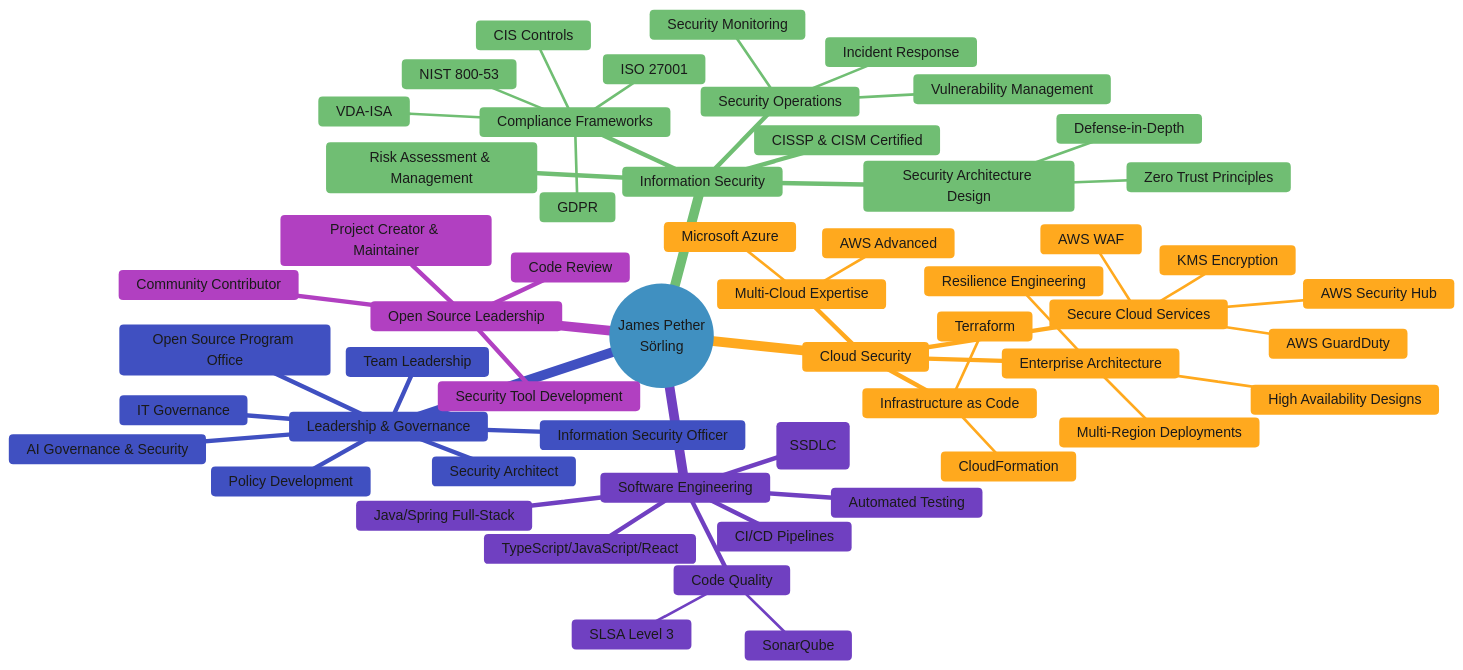
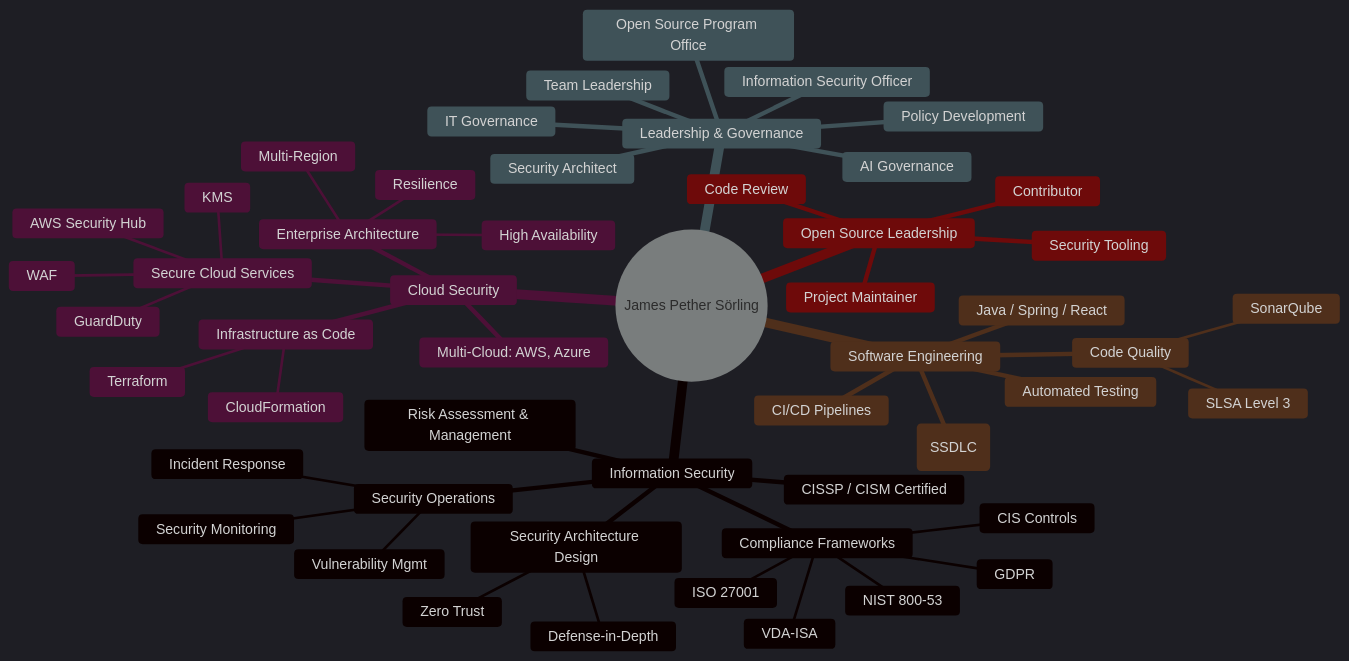
The first of 2 diagrams in README.md (pethers/pethers), drawn with Mermaid before and after one commit.

Commit message:
Update README with formatting and content changes

````diff
--- a/README.md
+++ b/README.md
@@ -446,76 +446,66 @@
 ```mermaid
 %%{
   init: {
-    'theme': 'base',
+    'theme': 'dark',
     'themeVariables': {
-      'primaryColor': '#a0c8e0',
-      'primaryTextColor': '#1a1a1a',
-      'primaryBorderColor': '#86b5d9',
-      'lineColor': '#86b5d9',
-      'secondaryColor': '#c8e6c9',
-      'tertiaryColor': '#ffda9e'
+      'primaryColor': '#314e6e',
+      'edgeLabelBackground':'#222',
+      'primaryTextColor': '#f8f8f8',
+      'lineColor': '#86b5d9'
     }
   }
 }%%
 mindmap
-  root((James Pether<br>Sörling))
+  root((James Pether Sörling))
     Information Security
-      ::icon(fa fa-shield)
       Risk Assessment & Management
-      CISSP & CISM Certified
+      CISSP / CISM Certified
       Security Architecture Design
-        Zero Trust Principles
+        Zero Trust
         Defense-in-Depth
       Compliance Frameworks
         ISO 27001
-        NIST 800-53 
+        NIST 800-53
         VDA-ISA
         CIS Controls
         GDPR
       Security Operations
         Incident Response
-        Vulnerability Management
+        Vulnerability Mgmt
         Security Monitoring
     Cloud Security
-      ::icon(fa fa-cloud)
-      Multi-Cloud Expertise
-        AWS Advanced
-        Microsoft Azure
+      Multi-Cloud: AWS, Azure
       Enterprise Architecture
-        High Availability Designs
-        Multi-Region Deployments
-        Resilience Engineering
+        High Availability
+        Multi-Region
+        Resilience
       Infrastructure as Code
         CloudFormation
         Terraform
       Secure Cloud Services
         AWS Security Hub
-        AWS GuardDuty
-        KMS Encryption
-        AWS WAF
+        GuardDuty
+        KMS
+        WAF
     Leadership & Governance
-      ::icon(fa fa-users)
       Information Security Officer
       Security Architect
       Policy Development
       IT Governance
       Team Leadership
       Open Source Program Office
-      AI Governance & Security
+      AI Governance
     Software Engineering
-      ::icon(fa fa-code)
       Secure Development (SSDLC)
-      Java/Spring Full-Stack
-      TypeScript/JavaScript/React
+      Java / Spring / React
       Automated Testing
       CI/CD Pipelines
       Code Quality
         SLSA Level 3
         SonarQube
     Open Source Leadership
-      ::icon(fa fa-github)
-      Project Creator & Maintainer
-      Community Contributor
-      Security Tool Development
+      Project Maintainer
+      Contributor
+      Security Tooling
       Code Review
 ```
````
